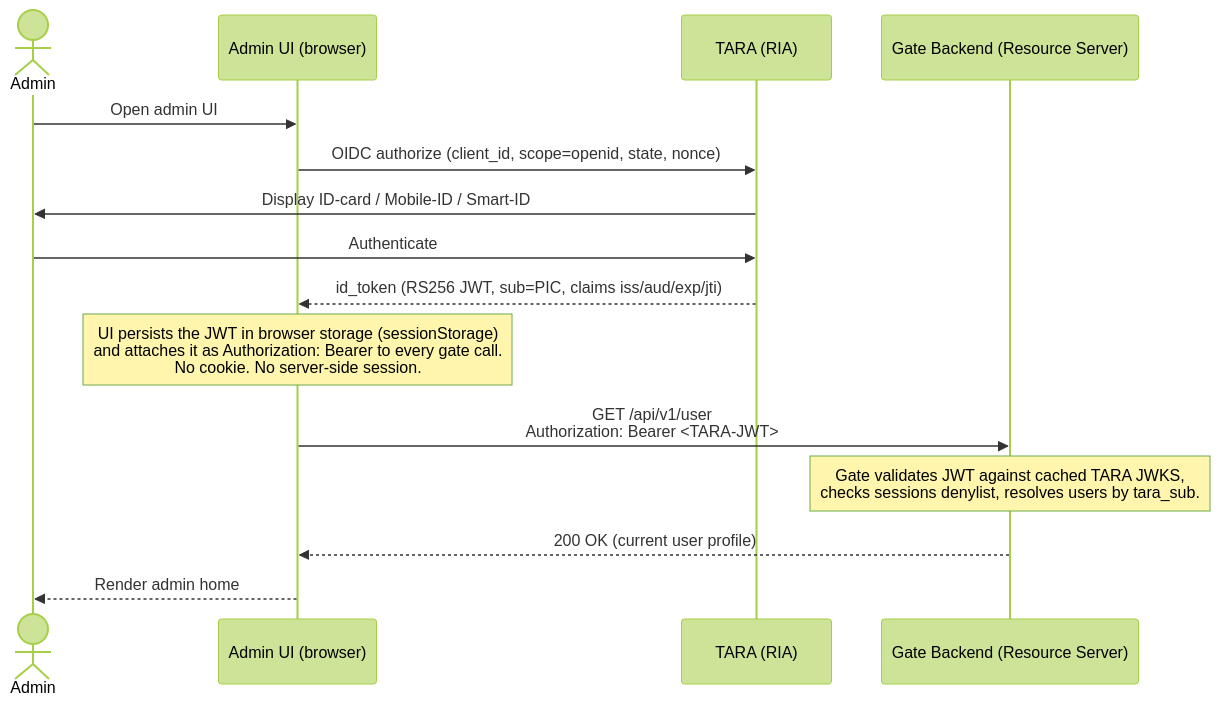
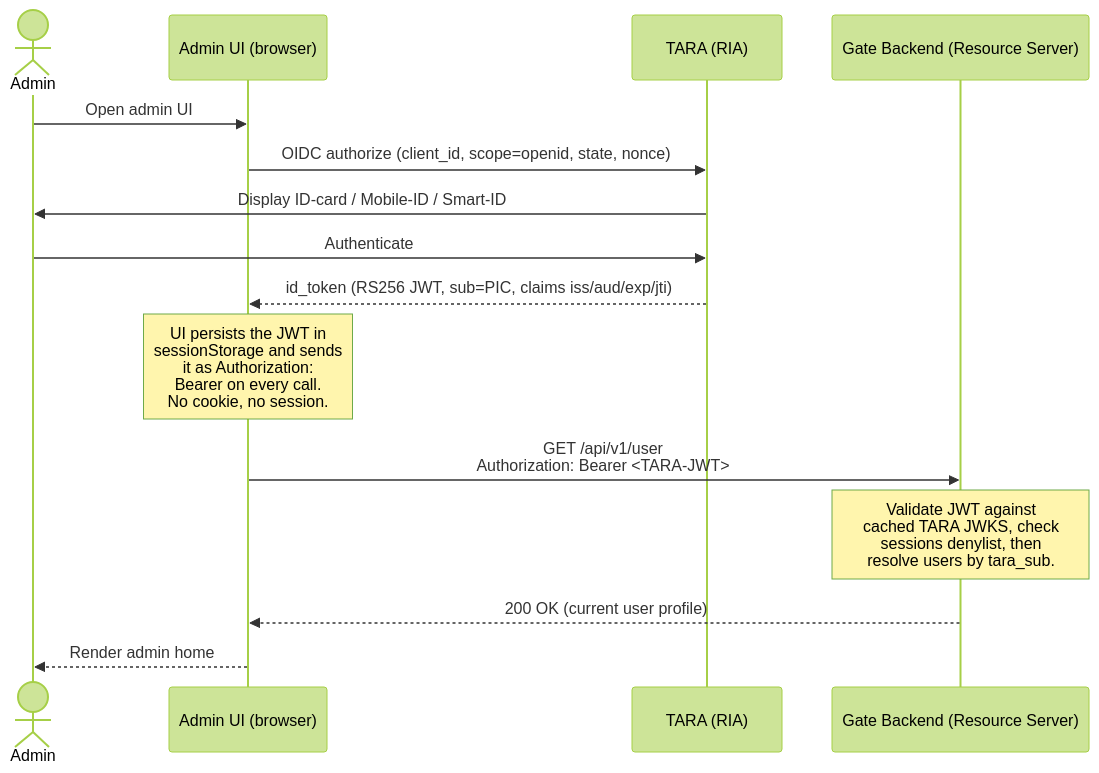
The second of 5 diagrams in docs/epics/epic_23_en.md (kemit-ee/efti-gate-ee), drawn with Mermaid (forest theme) before and after one commit. The commit also changed 2 other files, not shown here.

Commit message:
docs(diagrams): tighten note lines in embedded markdown mermaid (≤ 25 chars)
Same fix as previous two commits, now applied to mermaid blocks embedded
in epic_23, epic_26, the architecture doc, and the EN/ET full-epics
bundles. PROMPT-07-Mermaid-Diagrams.md is intentionally skipped — it is
an internal planning prompt, not rendered docs. 122/122 mermaid blocks
still parse.

````diff
--- a/docs/epics/epic_23_en.md
+++ b/docs/epics/epic_23_en.md
@@ -48,20 +48,20 @@
 ```mermaid
 sequenceDiagram
     actor Admin
     participant UI as Admin UI (browser)
     participant TARA as TARA (RIA)
     participant Gate as Gate Backend (Resource Server)
 
     Admin->>UI: Open admin UI
     UI->>TARA: OIDC authorize (client_id, scope=openid, state, nonce)
     TARA->>Admin: Display ID-card / Mobile-ID / Smart-ID
     Admin->>TARA: Authenticate
     TARA-->>UI: id_token (RS256 JWT, sub=PIC, claims iss/aud/exp/jti)
 
-    Note over UI: UI persists the JWT in browser storage (sessionStorage)<br/>and attaches it as Authorization: Bearer to every gate call.<br/>No cookie. No server-side session.
+    Note over UI: UI persists the JWT in<br/>sessionStorage and sends<br/>it as Authorization:<br/>Bearer on every call.<br/>No cookie, no session.
 
     UI->>Gate: GET /api/v1/user<br/>Authorization: Bearer <TARA-JWT>
-    Note over Gate: Gate validates JWT against cached TARA JWKS,<br/>checks sessions denylist, resolves users by tara_sub.
+    Note over Gate: Validate JWT against<br/>cached TARA JWKS, check<br/>sessions denylist, then<br/>resolve users by tara_sub.
     Gate-->>UI: 200 OK (current user profile)
     UI-->>Admin: Render admin home
 ```
````
